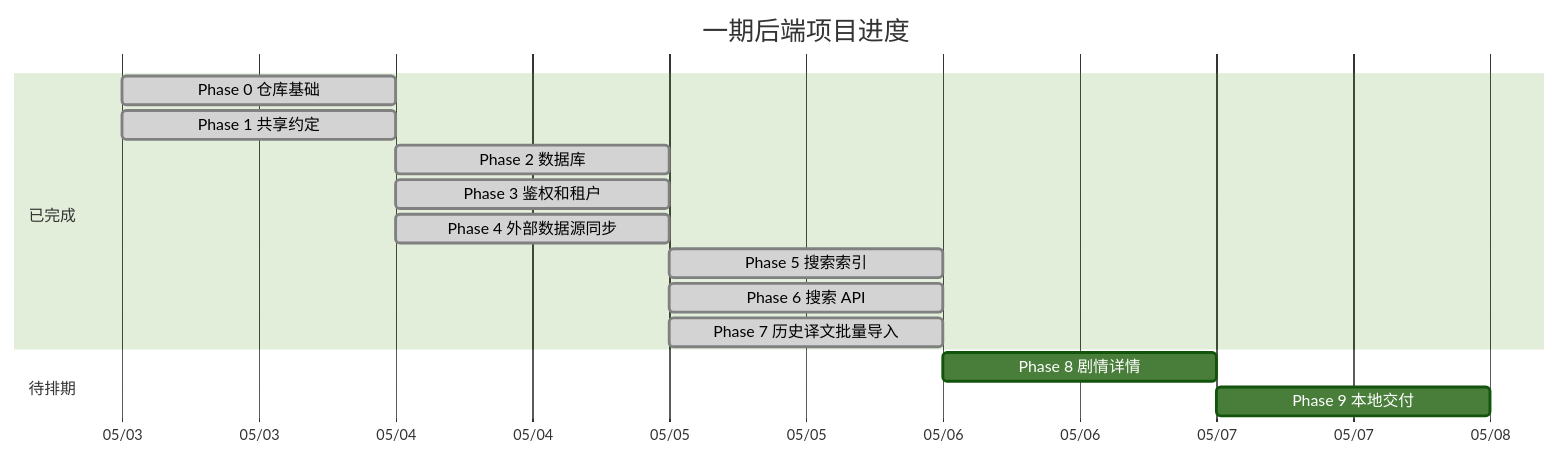
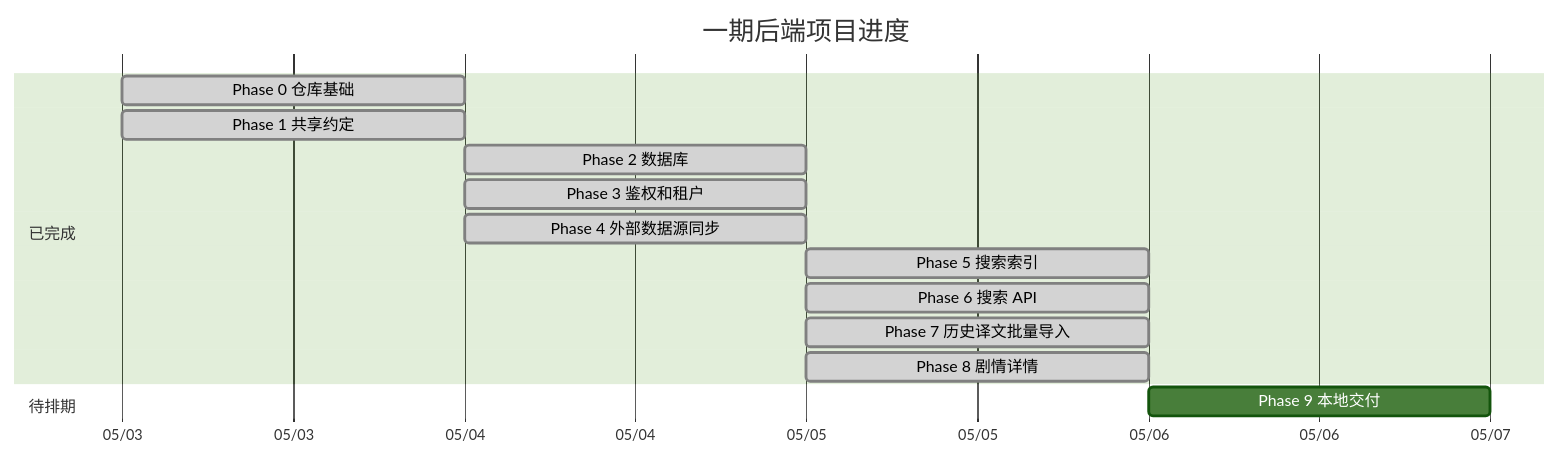
Before and after one commit to Cinea4678/SekaiPlatform: the diagram in README.md, drawn with Mermaid (forest theme). The commit also changed other lines of this file and 3 other files, not shown here.

````diff
--- a/README.md
+++ b/README.md
@@ -9,20 +9,20 @@
 ```mermaid
 gantt
     title 一期后端项目进度
     dateFormat  YYYY-MM-DD
     axisFormat  %m/%d
 
     section 已完成
     Phase 0 仓库基础           :done, p0, 2026-05-03, 1d
     Phase 1 共享约定           :done, p1, 2026-05-03, 1d
     Phase 2 数据库             :done, p2, 2026-05-04, 1d
     Phase 3 鉴权和租户         :done, p3, 2026-05-04, 1d
     Phase 4 外部数据源同步     :done, p4, 2026-05-04, 1d
     Phase 5 搜索索引           :done, p5, 2026-05-05, 1d
     Phase 6 搜索 API           :done, p6, 2026-05-05, 1d
     Phase 7 历史译文批量导入   :done, p7, 2026-05-05, 1d
+    Phase 8 剧情详情           :done, p8, 2026-05-05, 1d
 
     section 待排期
-    Phase 8 剧情详情           :p8, after p7, 1d
     Phase 9 本地交付           :p9, after p8, 1d
 ```
````
